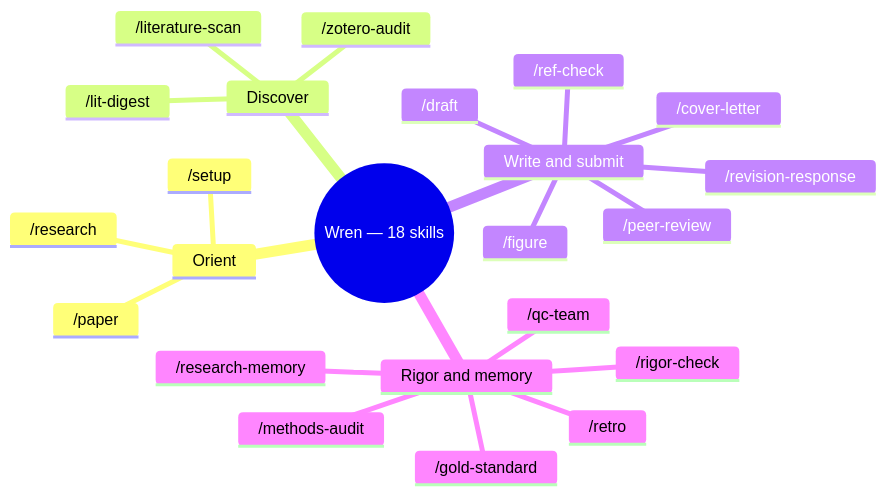
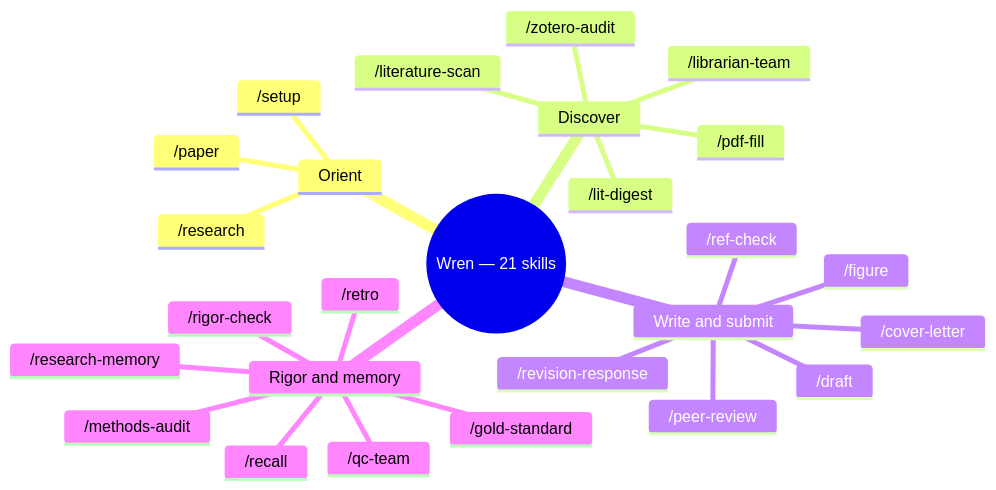
One commit to rchoularton/wren changed the second of 2 diagrams in README.md. Above: the diagram before and after it, drawn with Mermaid. The commit also changed other lines of this file and 29 other files, not shown here.

First line of the commit message:
feat: /librarian-team skill with review, approve-all, and unattended modes (#7) (#54)

````diff
--- a/README.md
+++ b/README.md
@@ -46,26 +46,29 @@
 ```mermaid
 mindmap
-  root(("Wren — 18 skills"))
+  root(("Wren — 21 skills"))
     Orient
       /research
       /paper
       /setup
     Discover
       /literature-scan
       /lit-digest
       /zotero-audit
+      /pdf-fill
+      /librarian-team
     Write and submit
       /draft
       /figure
       /ref-check
       /cover-letter
       /revision-response
       /peer-review
     Rigor and memory
       /gold-standard
       /qc-team
       /methods-audit
       /rigor-check
       /research-memory
+      /recall
       /retro
 ```
````
